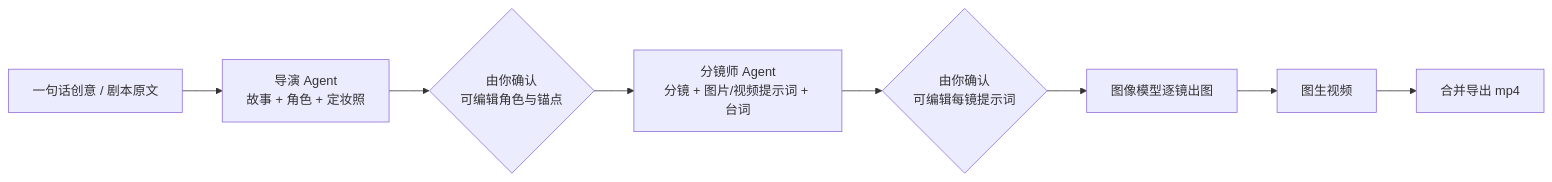
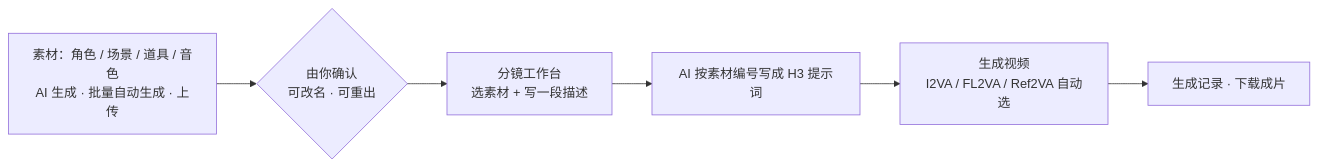
The diagram in README.md (wenliu3/jingxu-frameflow), drawn with Mermaid before and after one commit. The commit also changed other lines of this file and 6 other files, not shown here.

First line of the commit message:
docs: README 对齐「素材优先」主线（新截图×4 + 批量生成章节）+ README 配图脚本

````diff
--- a/README.md
+++ b/README.md
@@ -36,10 +37,8 @@
 ```mermaid
 flowchart LR
-    A[一句话创意 / 剧本原文] --> B[导演 Agent<br/>故事 + 角色 + 定妆照]
-    B --> C{由你确认<br/>可编辑角色与锚点}
-    C --> D[分镜师 Agent<br/>分镜 + 图片/视频提示词 + 台词]
-    D --> E{由你确认<br/>可编辑每镜提示词}
-    E --> F[图像模型逐镜出图]
-    F --> G[图生视频]
-    G --> H[合并导出 mp4]
+    A[素材：角色 / 场景 / 道具 / 音色<br/>AI 生成 · 批量自动生成 · 上传] --> B{由你确认<br/>可改名 · 可重出}
+    B --> C[分镜工作台<br/>选素材 + 写一段描述]
+    C --> D[AI 按素材编号写成 H3 提示词]
+    D --> E[生成视频<br/>I2VA / FL2VA / Ref2VA 自动选]
+    E --> F[生成记录 · 下载成片]
 ```
````
